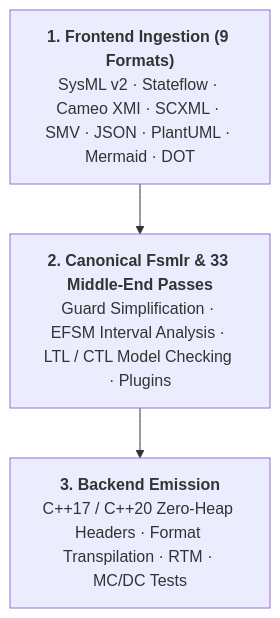
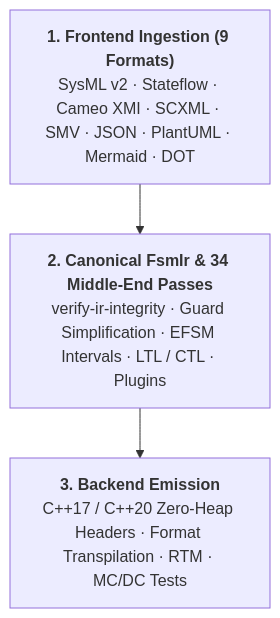
The diagram in docs/index.md (simoneCavalleri/fsmc), drawn with Mermaid before and after one commit. The commit also changed other lines of this file and 40 other files, not shown here.

````diff
--- a/docs/index.md
+++ b/docs/index.md
@@ -63,8 +63,8 @@
 ```mermaid
 flowchart TB
     Frontend["<b>1. Frontend Ingestion (9 Formats)</b><br/>SysML v2 · Stateflow · Cameo XMI · SCXML · SMV · JSON · PlantUML · Mermaid · DOT"]
-    IR["<b>2. Canonical FsmIr & 33 Middle-End Passes</b><br/>Guard Simplification · EFSM Interval Analysis · LTL / CTL Model Checking · Plugins"]
+    IR["<b>2. Canonical FsmIr & 34 Middle-End Passes</b><br/>verify-ir-integrity · Guard Simplification · EFSM Intervals · LTL / CTL · Plugins"]
     Backend["<b>3. Backend Emission</b><br/>C++17 / C++20 Zero-Heap Headers · Format Transpilation · RTM · MC/DC Tests"]
 
     Frontend --> IR --> Backend
 ```
````
